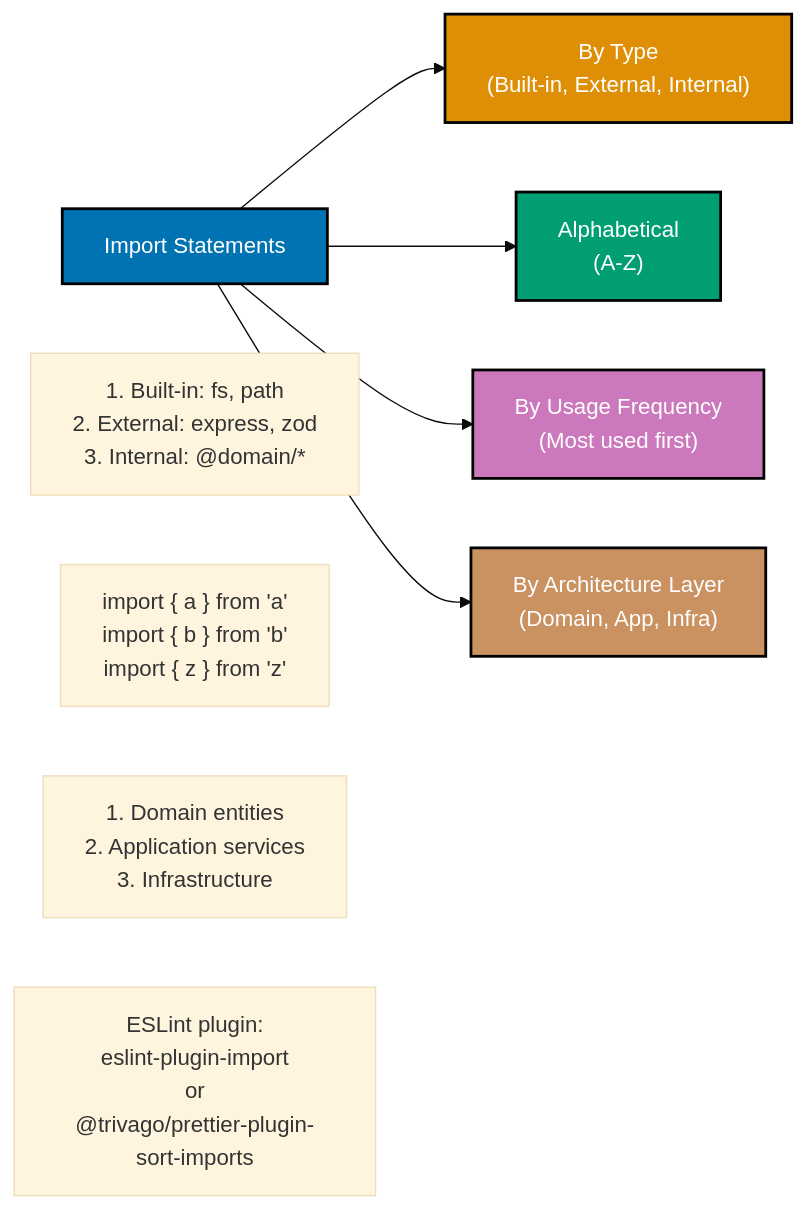
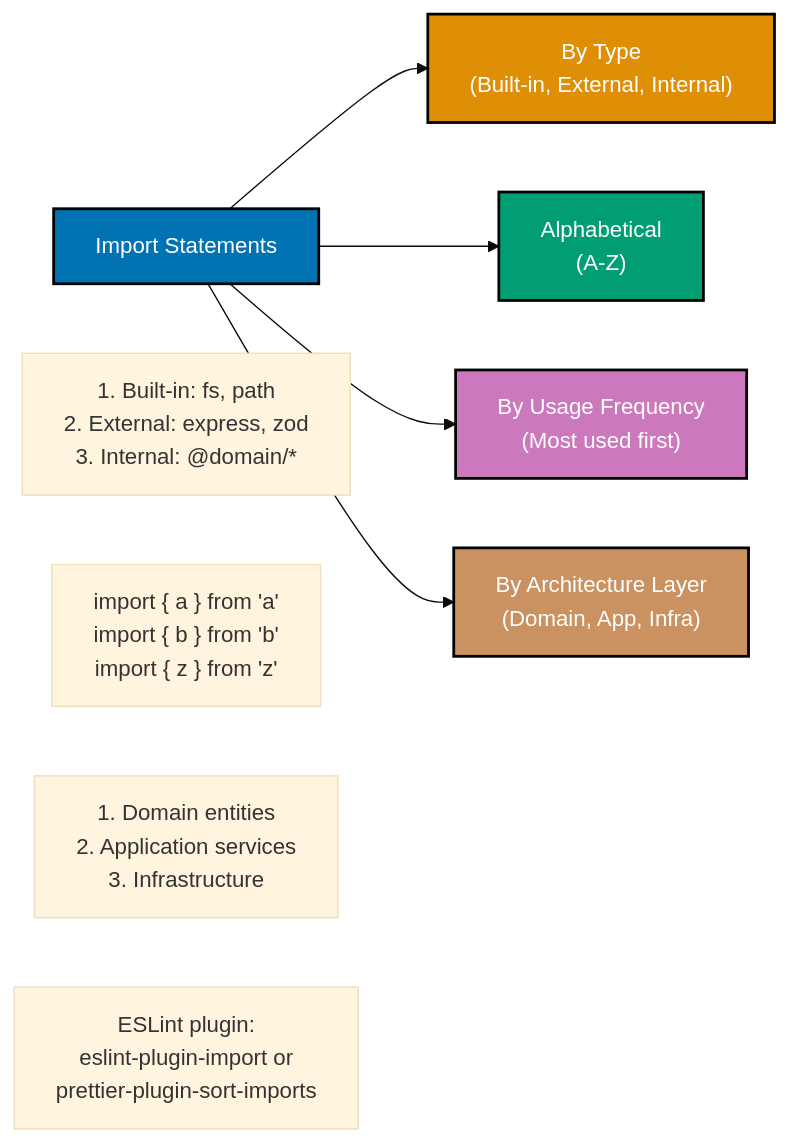
One commit to wahidyankf/open-sharia-enterprise changed the fifth of 6 diagrams in docs/explanation/software-engineering/programming-languages/typescript/linting-and-formatting.md. Above: the diagram before and after it, drawn with Mermaid (base theme). The commit also changed other lines of this file and 16 other files, not shown here.

First line of the commit message:
fix(docs): fix mermaid violations in typescript docs

````diff
--- a/docs/explanation/software-engineering/programming-languages/typescript/linting-and-formatting.md
+++ b/docs/explanation/software-engineering/programming-languages/typescript/linting-and-formatting.md
@@ -230,27 +226,27 @@
 ```mermaid
 %% Color Palette: Blue #0173B2, Orange #DE8F05, Teal #029E73, Purple #CC78BC, Brown #CA9161
 graph LR
     Imports["Import Statements"]:::blue
 
-    ByType["By Type<br/>#40;Built-in, External, Internal#41;"]:::orange
+    ByType["By Type<br/>(Built-in, External, Internal)"]:::orange
     ByAlpha["Alphabetical<br/>#40;A-Z#41;"]:::teal
     ByUsage["By Usage Frequency<br/>#40;Most used first#41;"]:::purple
     ByLayer["By Architecture Layer<br/>#40;Domain, App, Infra#41;"]:::brown
 
     Imports --> ByType
     Imports --> ByAlpha
     Imports --> ByUsage
     Imports --> ByLayer
 
     TypeExample["1. Built-in: fs, path<br/>2. External: express, zod<br/>3. Internal: @domain/*"]
     AlphaExample["import { a } from 'a'<br/>import { b } from 'b'<br/>import { z } from 'z'"]
     LayerExample["1. Domain entities<br/>2. Application services<br/>3. Infrastructure"]
 
-    Note1["ESLint plugin:<br/>eslint-plugin-import<br/>or<br/>@trivago/prettier-plugin-sort-imports"]
+    Note1["ESLint plugin:<br/>eslint-plugin-import or<br/>prettier-plugin-sort-imports"]
 
     classDef blue fill:#0173B2,stroke:#000000,color:#FFFFFF,stroke-width:2px
     classDef orange fill:#DE8F05,stroke:#000000,color:#FFFFFF,stroke-width:2px
     classDef teal fill:#029E73,stroke:#000000,color:#FFFFFF,stroke-width:2px
     classDef purple fill:#CC78BC,stroke:#000000,color:#FFFFFF,stroke-width:2px
     classDef brown fill:#CA9161,stroke:#000000,color:#FFFFFF,stroke-width:2px
 ```
````
